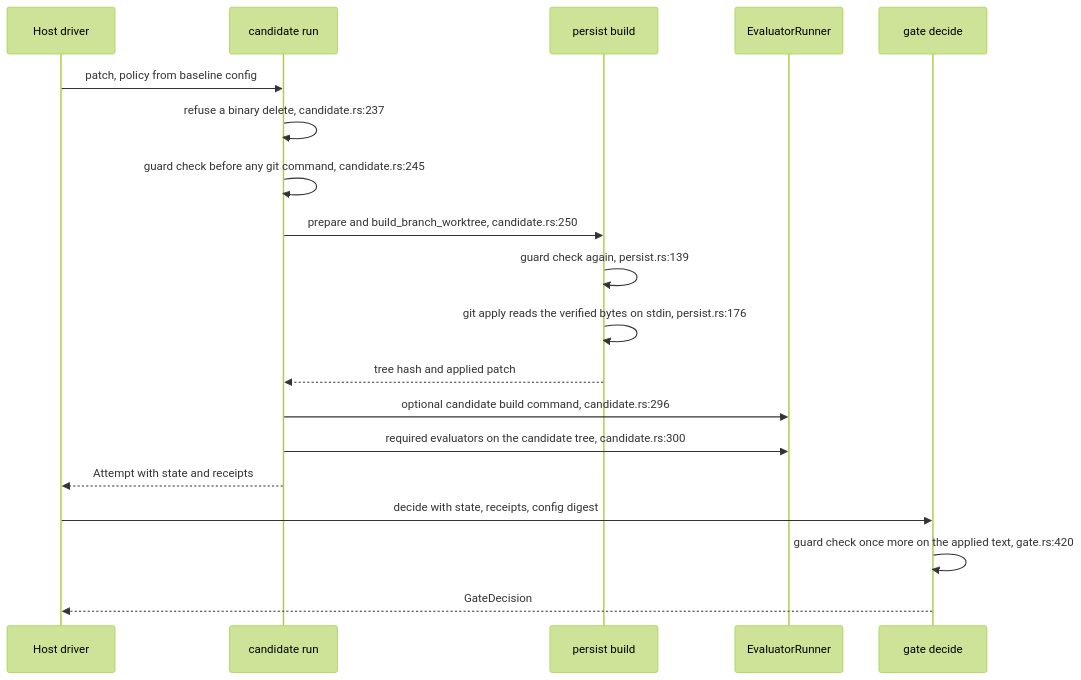
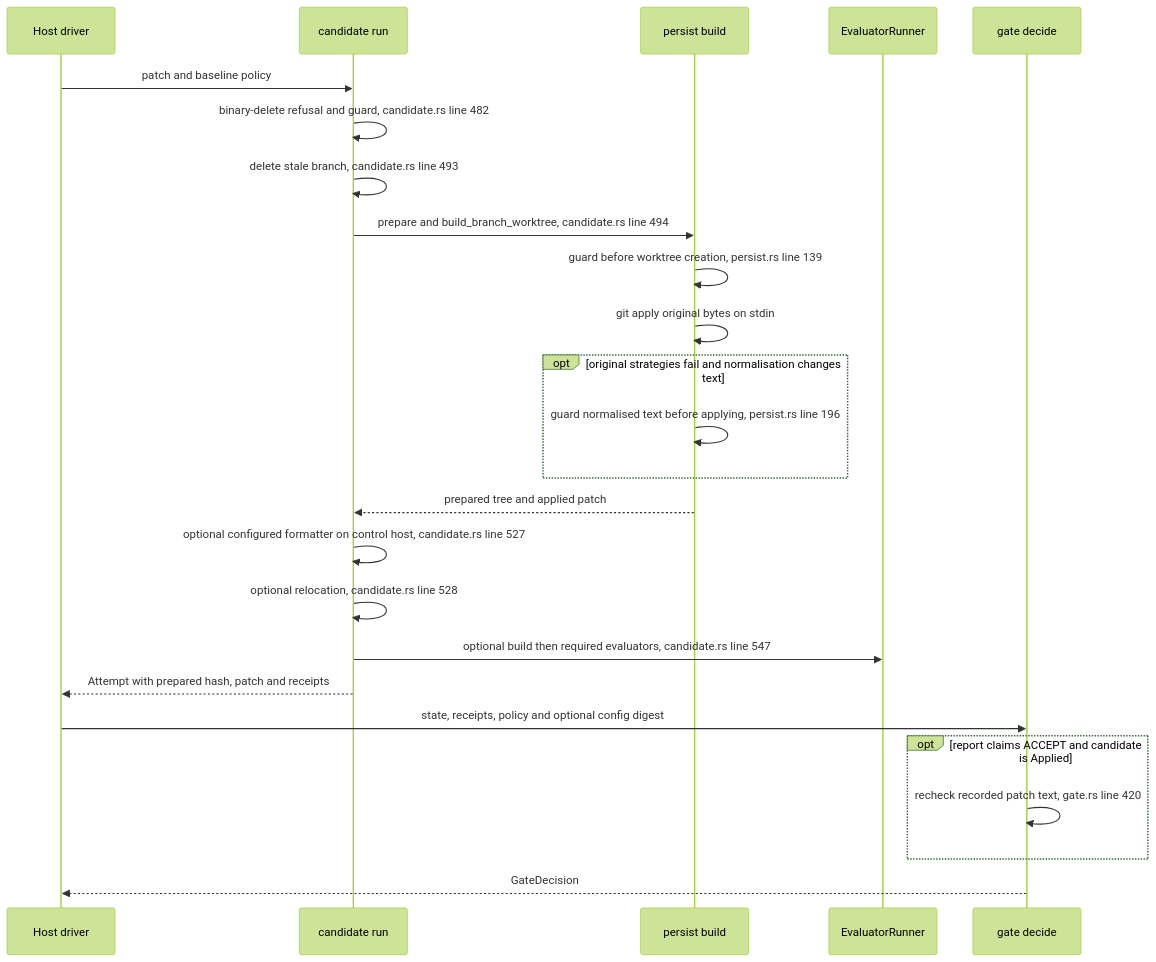
Before and after one commit to DreamLab-AI/dream-engine: the third of 5 diagrams in docs/diagrams/gate/01-verdict-classes-and-the-decide-flow.md, drawn with Mermaid (forest theme). The commit also changed other lines of this file and 11 other files, not shown here.

Commit message:
docs: reconcile all dream-engine diagrams with current source contracts

````diff
--- a/docs/diagrams/gate/01-verdict-classes-and-the-decide-flow.md
+++ b/docs/diagrams/gate/01-verdict-classes-and-the-decide-flow.md
@@ -135,21 +125,27 @@
 ```mermaid
 sequenceDiagram
     participant H as Host driver
     participant C as candidate run
     participant P as persist build
     participant R as EvaluatorRunner
     participant G as gate decide
-    H->>C: patch, policy from baseline config
-    C->>C: refuse a binary delete, candidate.rs:237
-    C->>C: guard check before any git command, candidate.rs:245
-    C->>P: prepare and build_branch_worktree, candidate.rs:250
-    P->>P: guard check again, persist.rs:139
-    P->>P: git apply reads the verified bytes on stdin, persist.rs:176
-    P-->>C: tree hash and applied patch
-    C->>R: optional candidate build command, candidate.rs:296
-    C->>R: required evaluators on the candidate tree, candidate.rs:300
-    C-->>H: Attempt with state and receipts
-    H->>G: decide with state, receipts, config digest
-    G->>G: guard check once more on the applied text, gate.rs:420
+    H->>C: patch and baseline policy
+    C->>C: binary-delete refusal and guard, candidate.rs line 482
+    C->>C: delete stale branch, candidate.rs line 493
+    C->>P: prepare and build_branch_worktree, candidate.rs line 494
+    P->>P: guard before worktree creation, persist.rs line 139
+    P->>P: git apply original bytes on stdin
+    opt original strategies fail and normalisation changes text
+        P->>P: guard normalised text before applying, persist.rs line 196
+    end
+    P-->>C: prepared tree and applied patch
+    C->>C: optional configured formatter on control host, candidate.rs line 527
+    C->>C: optional relocation, candidate.rs line 528
+    C->>R: optional build then required evaluators, candidate.rs line 547
+    C-->>H: Attempt with prepared hash, patch and receipts
+    H->>G: state, receipts, policy and optional config digest
+    opt report claims ACCEPT and candidate is Applied
+        G->>G: recheck recorded patch text, gate.rs line 420
+    end
     G-->>H: GateDecision
 ```
````
